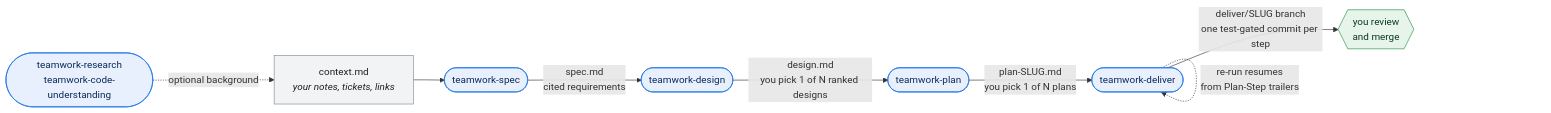
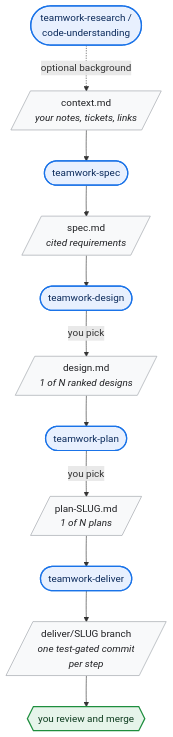
The first of 2 diagrams in README.md (g15ecb/teamwork), drawn with Mermaid before and after one commit. The commit also changed other lines of this file, not shown here.

Commit message:
README: top-to-bottom workflow diagram; teamwork-deliver worktree diagram

````diff
--- a/README.md
+++ b/README.md
@@ -25,25 +25,27 @@
 ```mermaid
-flowchart LR
-    ctx["context.md<br/><i>your notes, tickets, links</i>"]
-    research(["teamwork-research<br/>teamwork-code-understanding"])
+flowchart TB
+    research(["teamwork-research /<br/>code-understanding"])
+    ctx[/"context.md<br/><i>your notes, tickets, links</i>"/]
     spec(["teamwork-spec"])
+    specmd[/"spec.md<br/><i>cited requirements</i>"/]
     design(["teamwork-design"])
+    designmd[/"design.md<br/><i>1 of N ranked designs</i>"/]
     plan(["teamwork-plan"])
+    planmd[/"plan-SLUG.md<br/><i>1 of N plans</i>"/]
     deliver(["teamwork-deliver"])
-    review{{"you review<br/>and merge"}}
+    branch[/"deliver/SLUG branch<br/><i>one test-gated commit<br/>per step</i>"/]
+    review{{"you review and merge"}}
 
     research -. "optional background" .-> ctx
-    ctx --> spec
-    spec -- "spec.md<br/>cited requirements" --> design
-    design -- "design.md<br/>you pick 1 of N ranked designs" --> plan
-    plan -- "plan-SLUG.md<br/>you pick 1 of N plans" --> deliver
-    deliver -- "deliver/SLUG branch<br/>one test-gated commit per step" --> review
-    deliver -. "re-run resumes<br/>from Plan-Step trailers" .-> deliver
+    ctx --> spec --> specmd --> design
+    design -- "you pick" --> designmd --> plan
+    plan -- "you pick" --> planmd --> deliver
+    deliver --> branch --> review
 
-    classDef skill fill:#e8f0fe,stroke:#1a73e8,color:#0b2a5b
-    classDef doc fill:#f1f3f4,stroke:#80868b,color:#202124
-    classDef you fill:#e6f4ea,stroke:#1e8e3e,color:#0d3b1e
+    classDef skill fill:#e8f0fe,stroke:#1a73e8,stroke-width:2px,color:#0b2a5b
+    classDef doc fill:#f8f9fa,stroke:#9aa0a6,color:#202124
+    classDef you fill:#e6f4ea,stroke:#1e8e3e,stroke-width:2px,color:#0d3b1e
     class research,spec,design,plan,deliver skill
-    class ctx doc
+    class ctx,specmd,designmd,planmd,branch doc
     class review you
 ```
````
